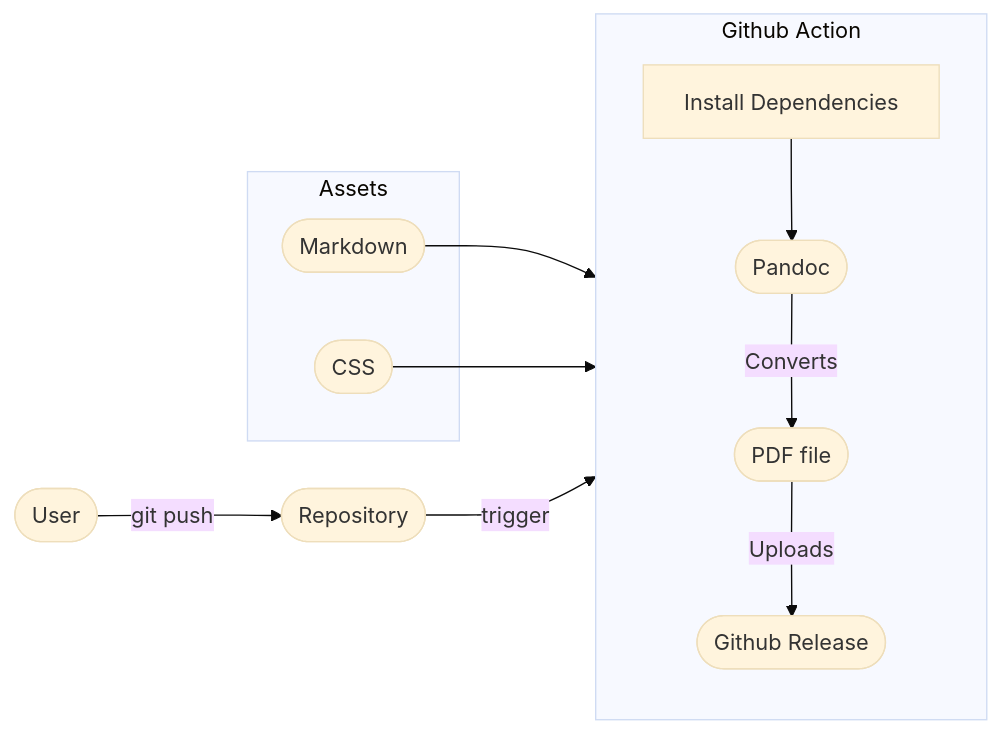
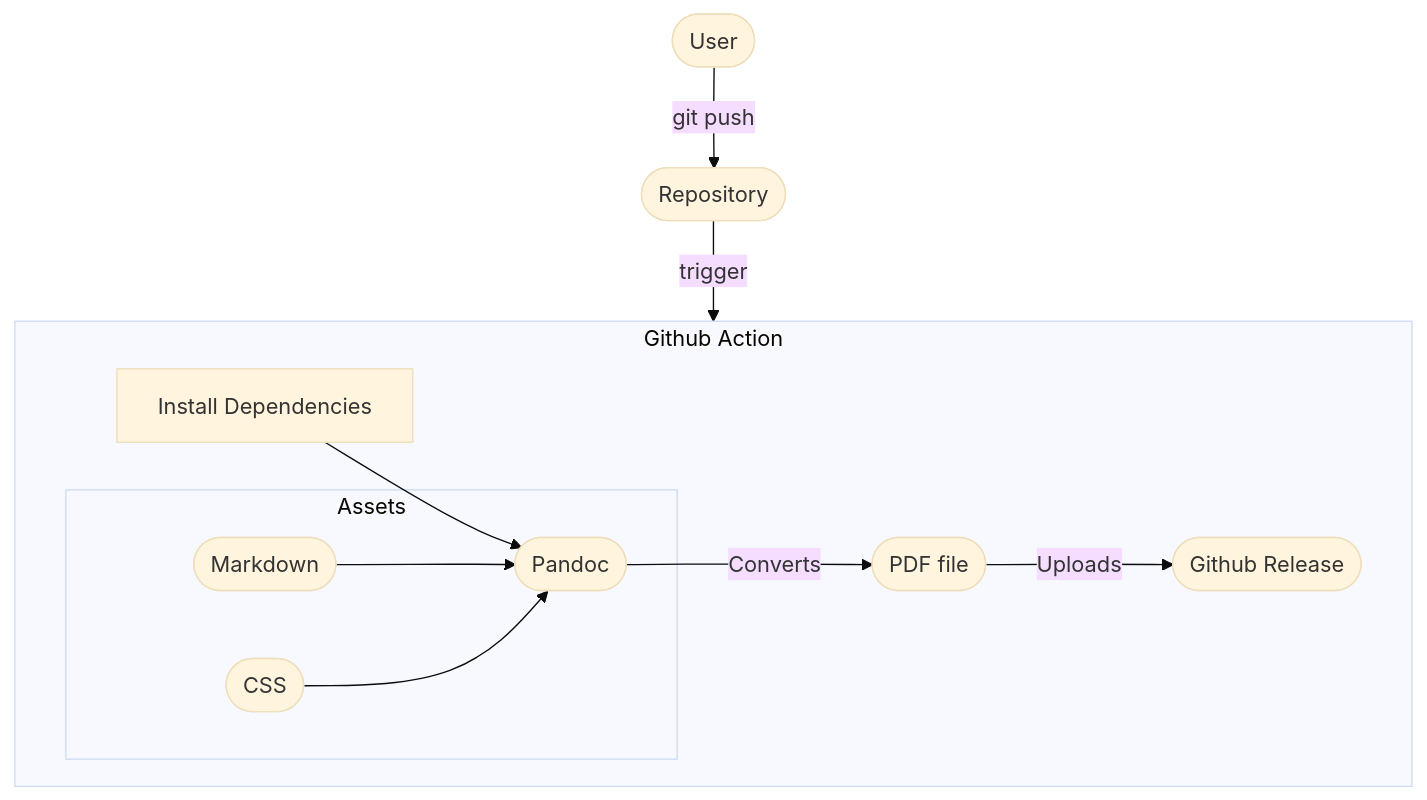
The diagram in content/blog/cicd-your-resume/index.md (ShaharNaveh/ShaharNaveh.github.io), drawn with Mermaid (base theme) before and after one commit.

````diff
--- a/content/blog/cicd-your-resume/index.md
+++ b/content/blog/cicd-your-resume/index.md
@@ -17,24 +17,25 @@
 ```mermaid
-flowchart LR
+flowchart TD
   user([User])
   repository([Repository])
   action([Github Action])
   dependencies["Install Dependencies"]
   pandoc([Pandoc])
   markdown([Markdown])
   css([CSS])
   pdf([PDF file])
   release([Github Release])
   user-- git push -->repository
   repository-- trigger -->action
   subgraph action [Github Action]
-    direction TD
     dependencies --> pandoc
     pandoc-- Converts -->pdf
     pdf-- Uploads -->release
+
+    subgraph assets [Assets]
+      markdown & css --> pandoc
+    end
   end
 
-  subgraph assets [Assets]
-    markdown & css --> pandoc
-  end
+  
 ```
````
